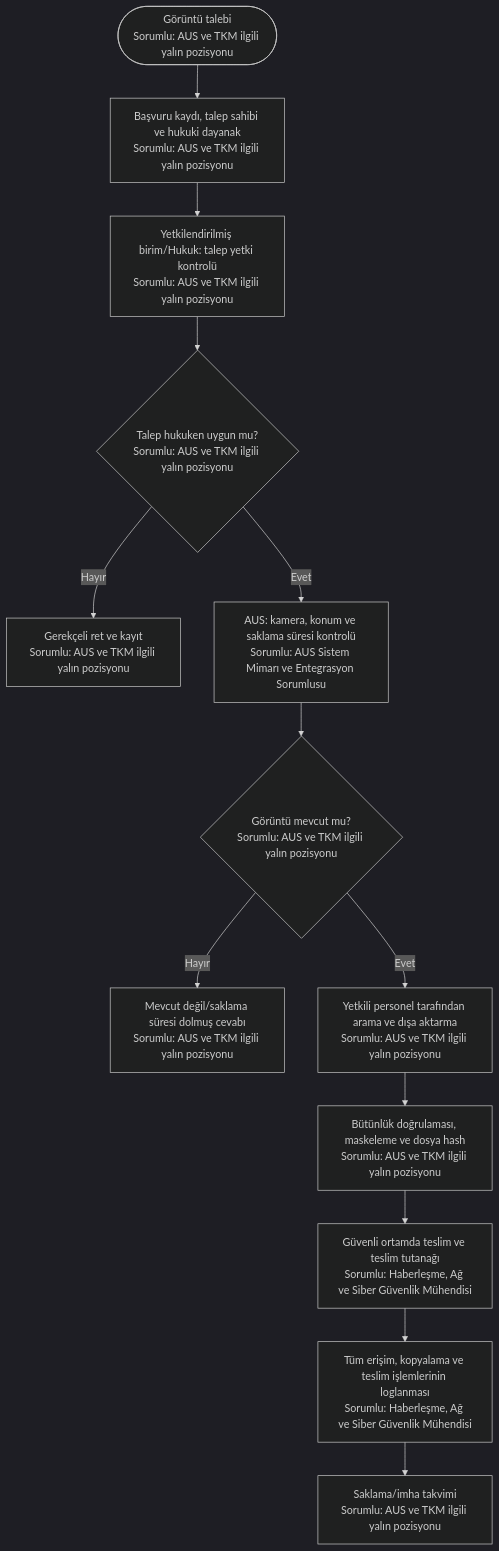
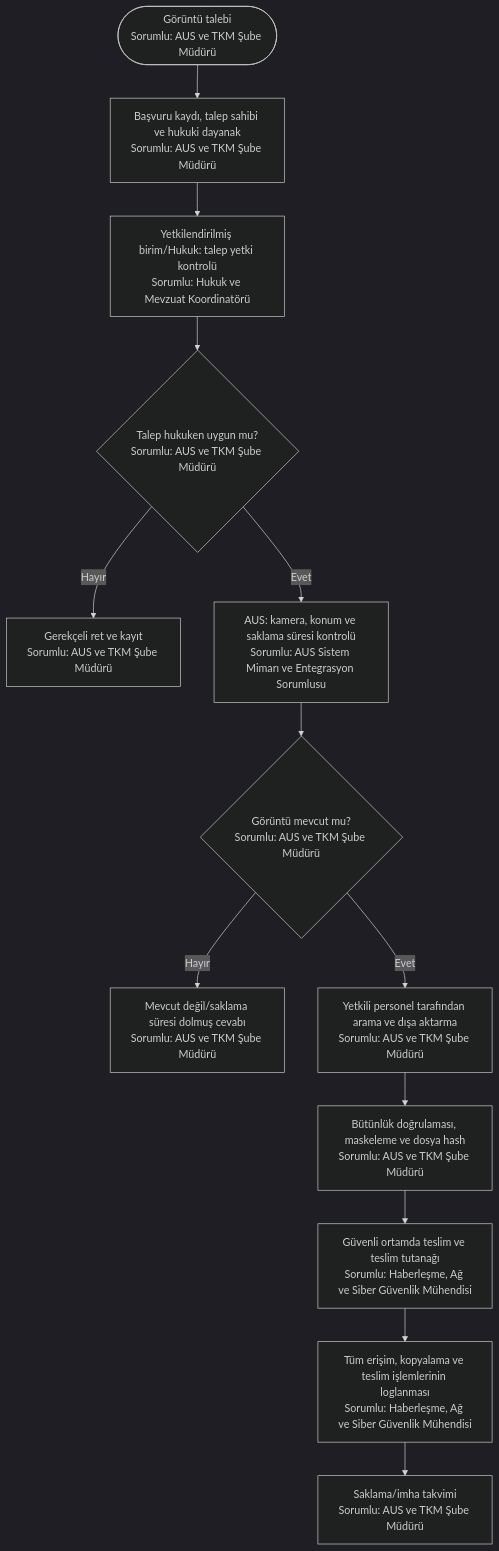
One commit to merdaergen-create/Ulasim_Dairesi_Is_Analizi changed the fourth of 5 diagrams in 11_yalin_surec_haritalari_sorumlulari_belirtilmis/akilli_ulasim/README.md. Above: the diagram before and after it, drawn with Mermaid (dark theme). The commit also changed other lines of this file and 9 other files, not shown here.

Commit message:
Yalın süreç haritalarını koruyarak kesin sorumlu pozisyonları ekle

````diff
--- a/11_yalin_surec_haritalari_sorumlulari_belirtilmis/akilli_ulasim/README.md
+++ b/11_yalin_surec_haritalari_sorumlulari_belirtilmis/akilli_ulasim/README.md
@@ -123,15 +123,15 @@
 ```mermaid
 flowchart TD
-    A([Görüntü talebi<br/>Sorumlu: AUS ve TKM ilgili yalın pozisyonu]) --> B[Başvuru kaydı, talep sahibi ve hukuki dayanak<br/>Sorumlu: AUS ve TKM ilgili yalın pozisyonu]
-    B --> C[Yetkilendirilmiş birim/Hukuk: talep yetki kontrolü<br/>Sorumlu: AUS ve TKM ilgili yalın pozisyonu]
-    C --> D{Talep hukuken uygun mu?<br/>Sorumlu: AUS ve TKM ilgili yalın pozisyonu}
-    D -- Hayır --> E[Gerekçeli ret ve kayıt<br/>Sorumlu: AUS ve TKM ilgili yalın pozisyonu]
+    A([Görüntü talebi<br/>Sorumlu: AUS ve TKM Şube Müdürü]) --> B[Başvuru kaydı, talep sahibi ve hukuki dayanak<br/>Sorumlu: AUS ve TKM Şube Müdürü]
+    B --> C[Yetkilendirilmiş birim/Hukuk: talep yetki kontrolü<br/>Sorumlu: Hukuk ve Mevzuat Koordinatörü]
+    C --> D{Talep hukuken uygun mu?<br/>Sorumlu: AUS ve TKM Şube Müdürü}
+    D -- Hayır --> E[Gerekçeli ret ve kayıt<br/>Sorumlu: AUS ve TKM Şube Müdürü]
     D -- Evet --> F[AUS: kamera, konum ve saklama süresi kontrolü<br/>Sorumlu: AUS Sistem Mimarı ve Entegrasyon Sorumlusu]
-    F --> G{Görüntü mevcut mu?<br/>Sorumlu: AUS ve TKM ilgili yalın pozisyonu}
-    G -- Hayır --> H[Mevcut değil/saklama süresi dolmuş cevabı<br/>Sorumlu: AUS ve TKM ilgili yalın pozisyonu]
-    G -- Evet --> I[Yetkili personel tarafından arama ve dışa aktarma<br/>Sorumlu: AUS ve TKM ilgili yalın pozisyonu]
-    I --> J[Bütünlük doğrulaması, maskeleme ve dosya hash<br/>Sorumlu: AUS ve TKM ilgili yalın pozisyonu]
+    F --> G{Görüntü mevcut mu?<br/>Sorumlu: AUS ve TKM Şube Müdürü}
+    G -- Hayır --> H[Mevcut değil/saklama süresi dolmuş cevabı<br/>Sorumlu: AUS ve TKM Şube Müdürü]
+    G -- Evet --> I[Yetkili personel tarafından arama ve dışa aktarma<br/>Sorumlu: AUS ve TKM Şube Müdürü]
+    I --> J[Bütünlük doğrulaması, maskeleme ve dosya hash<br/>Sorumlu: AUS ve TKM Şube Müdürü]
     J --> K[Güvenli ortamda teslim ve teslim tutanağı<br/>Sorumlu: Haberleşme, Ağ ve Siber Güvenlik Mühendisi]
     K --> L[Tüm erişim, kopyalama ve teslim işlemlerinin loglanması<br/>Sorumlu: Haberleşme, Ağ ve Siber Güvenlik Mühendisi]
-    L --> M[Saklama/imha takvimi<br/>Sorumlu: AUS ve TKM ilgili yalın pozisyonu]
+    L --> M[Saklama/imha takvimi<br/>Sorumlu: AUS ve TKM Şube Müdürü]
 ```
````
